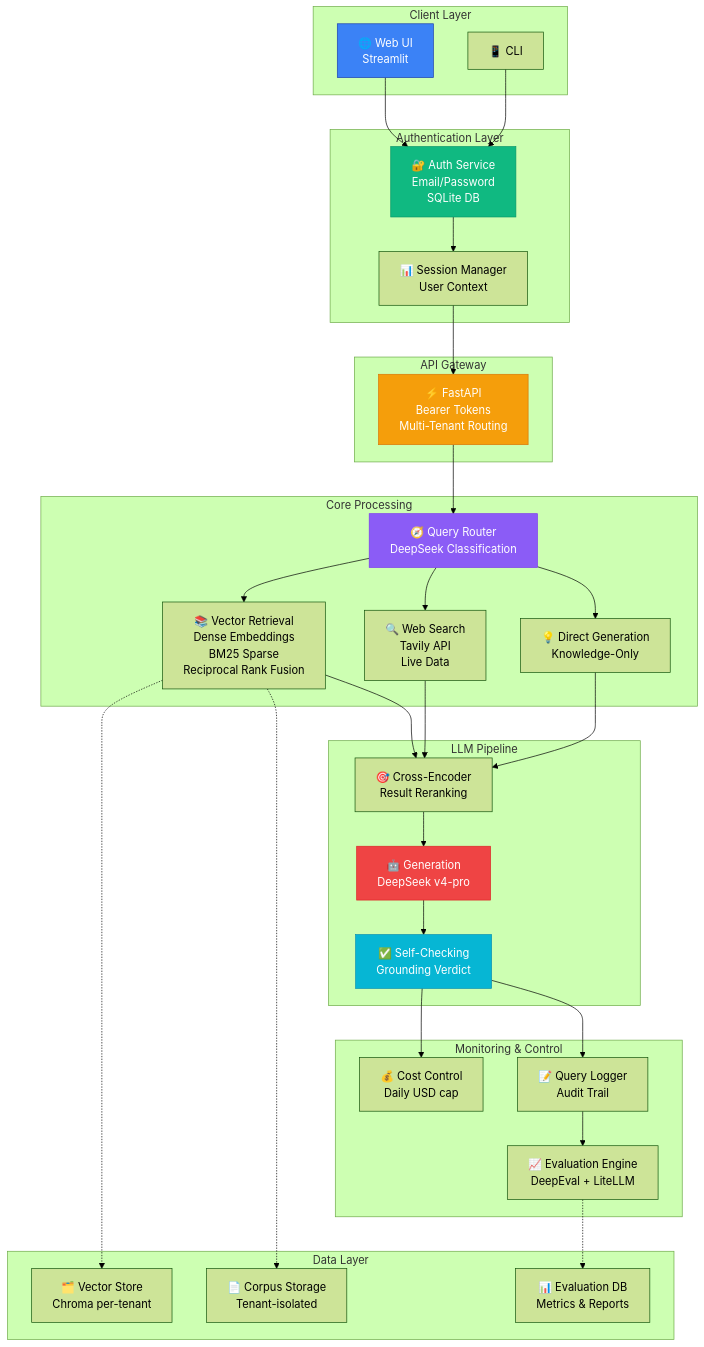
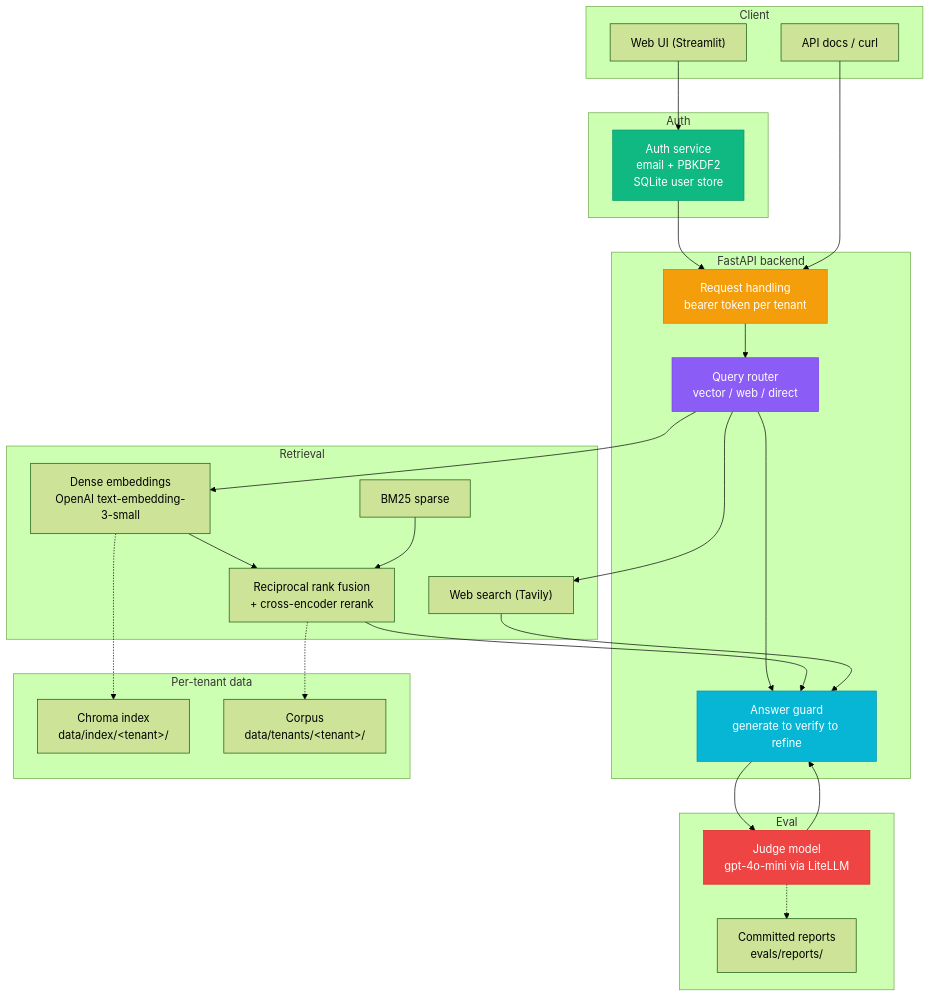
One commit to Amith-Ganta/routed-agentic-compliance-rag changed the first of 3 diagrams in README.md. Above: the diagram before and after it, drawn with Mermaid (forest theme). The commit also changed other lines of this file and 19 other files, not shown here.

````diff
--- a/README.md
+++ b/README.md
@@ -34,68 +50,57 @@
 ```mermaid
 graph TB
-    subgraph "Client Layer"
-        WEB["🌐 Web UI<br/>Streamlit"]
-        CLI["📱 CLI"]
+    subgraph Client
+        WEB["Web UI (Streamlit)"]
+        API_DOCS["API docs / curl"]
     end
-    
-    subgraph "Authentication Layer"
-        AUTH["🔐 Auth Service<br/>Email/Password<br/>SQLite DB"]
-        SESSION["📊 Session Manager<br/>User Context"]
+
+    subgraph Auth
+        AUTH["Auth service<br/>email + PBKDF2<br/>SQLite user store"]
     end
-    
-    subgraph "API Gateway"
-        GATEWAY["⚡ FastAPI<br/>Bearer Tokens<br/>Multi-Tenant Routing"]
+
+    subgraph Backend["FastAPI backend"]
+        GATEWAY["Request handling<br/>bearer token per tenant"]
+        ROUTER["Query router<br/>vector / web / direct"]
+        GUARD["Answer guard<br/>generate to verify to refine"]
     end
-    
-    subgraph "Core Processing"
-        ROUTER["🧭 Query Router<br/>DeepSeek Classification"]
-        VECTOR["📚 Vector Retrieval<br/>Dense Embeddings<br/>BM25 Sparse<br/>Reciprocal Rank Fusion"]
-        WEB_SEARCH["🔍 Web Search<br/>Tavily API<br/>Live Data"]
-        DIRECT["💡 Direct Generation<br/>Knowledge-Only"]
+
+    subgraph Retrieval
+        DENSE["Dense embeddings<br/>OpenAI text-embedding-3-small"]
+        SPARSE["BM25 sparse"]
+        FUSE["Reciprocal rank fusion<br/>+ cross-encoder rerank"]
+        WEBSRCH["Web search (Tavily)"]
     end
-    
-    subgraph "LLM Pipeline"
-        RERANK["🎯 Cross-Encoder<br/>Result Reranking"]
-        GEN["🤖 Generation<br/>DeepSeek v4-pro"]
-        JUDGE["✅ Self-Checking<br/>Grounding Verdict"]
+
+    subgraph Data["Per-tenant data"]
+        CHROMA["Chroma index<br/>data/index/&lt;tenant&gt;/"]
+        CORPUS["Corpus<br/>data/tenants/&lt;tenant&gt;/"]
     end
-    
-    subgraph "Data Layer"
-        CHROMA["🗂️ Vector Store<br/>Chroma per-tenant"]
-        CORPUS["📄 Corpus Storage<br/>Tenant-isolated"]
-        EVAL_DB["📊 Evaluation DB<br/>Metrics & Reports"]
+
+    subgraph Eval
+        JUDGE["Judge model<br/>gpt-4o-mini via LiteLLM"]
+        REPORTS["Committed reports<br/>evals/reports/"]
     end
-    
-    subgraph "Monitoring & Control"
-        BUDGET["💰 Cost Control<br/>Daily USD cap"]
-        LOGGER["📝 Query Logger<br/>Audit Trail"]
-        EVAL["📈 Evaluation Engine<br/>DeepEval + LiteLLM"]
-    end
-    
+
     WEB --> AUTH
-    CLI --> AUTH
-    AUTH --> SESSION
-    SESSION --> GATEWAY
+    AUTH --> GATEWAY
+    API_DOCS --> GATEWAY
     GATEWAY --> ROUTER
-    ROUTER --> VECTOR
-    ROUTER --> WEB_SEARCH
-    ROUTER --> DIRECT
-    VECTOR --> RERANK
-    WEB_SEARCH --> RERANK
-    DIRECT --> RERANK
-    RERANK --> GEN
-    GEN --> JUDGE
-    JUDGE --> BUDGET
-    JUDGE --> LOGGER
-    LOGGER --> EVAL
-    VECTOR -.-> CHROMA
-    VECTOR -.-> CORPUS
-    EVAL -.-> EVAL_DB
-    
-    style WEB fill:#3b82f6,stroke:#1e40af,color:#fff
+    ROUTER --> DENSE
+    ROUTER --> WEBSRCH
+    ROUTER --> GUARD
+    DENSE --> FUSE
+    SPARSE --> FUSE
+    FUSE --> GUARD
+    WEBSRCH --> GUARD
+    GUARD --> JUDGE
+    JUDGE --> GUARD
+    DENSE -.-> CHROMA
+    FUSE -.-> CORPUS
+    JUDGE -.-> REPORTS
+
     style AUTH fill:#10b981,stroke:#059669,color:#fff
     style GATEWAY fill:#f59e0b,stroke:#d97706,color:#fff
     style ROUTER fill:#8b5cf6,stroke:#7c3aed,color:#fff
-    style GEN fill:#ef4444,stroke:#dc2626,color:#fff
-    style JUDGE fill:#06b6d4,stroke:#0891b2,color:#fff
+    style GUARD fill:#06b6d4,stroke:#0891b2,color:#fff
+    style JUDGE fill:#ef4444,stroke:#dc2626,color:#fff
 ```
````
